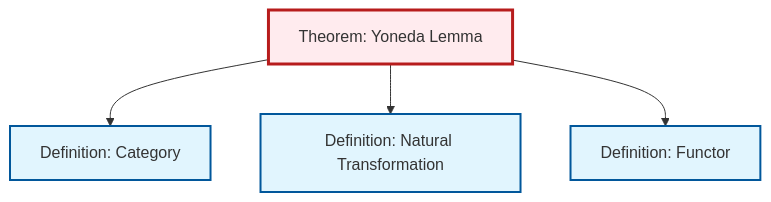
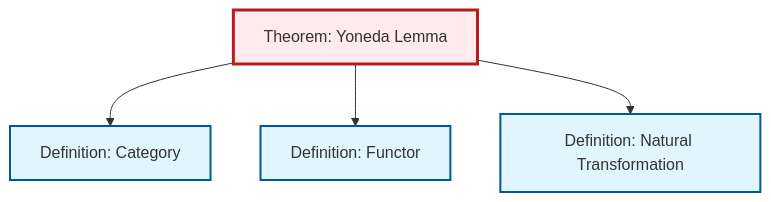
Before and after one commit to RK0429/ModernMath: the diagram in content/en/category-theory/thm-yoneda.qmd, drawn with Mermaid. The commit also changed other lines of this file and 474 other files, not shown here.

````diff
--- a/content/en/category-theory/thm-yoneda.qmd
+++ b/content/en/category-theory/thm-yoneda.qmd
@@ -88,20 +88,20 @@
 ```{mermaid}
 %%| fig-cap: "Local dependency graph"
 graph TD
     classDef definition fill:#e1f5fe,stroke:#01579b,stroke-width:2px
     classDef theorem fill:#f3e5f5,stroke:#4a148c,stroke-width:2px
     classDef axiom fill:#fff3e0,stroke:#e65100,stroke-width:2px
     classDef example fill:#e8f5e9,stroke:#1b5e20,stroke-width:2px
     classDef current fill:#ffebee,stroke:#b71c1c,stroke-width:3px
     def-functor["Definition: Functor"]:::definition
     thm-yoneda["Theorem: Yoneda Lemma"]:::theorem
+    def-category["Definition: Category"]:::definition
     def-natural-transformation["Definition: Natural Transformation"]:::definition
-    def-category["Definition: Category"]:::definition
     thm-yoneda --> def-category
+    thm-yoneda --> def-functor
     thm-yoneda --> def-natural-transformation
-    thm-yoneda --> def-functor
     class thm-yoneda current
     click def-functor "def-functor.html" "Go to Functor definition"
+    click def-category "def-category.html" "Go to Category definition"
     click def-natural-transformation "def-natural-transformation.html" "Go to Natural Transformation definition"
-    click def-category "def-category.html" "Go to Category definition"
 ```
````
